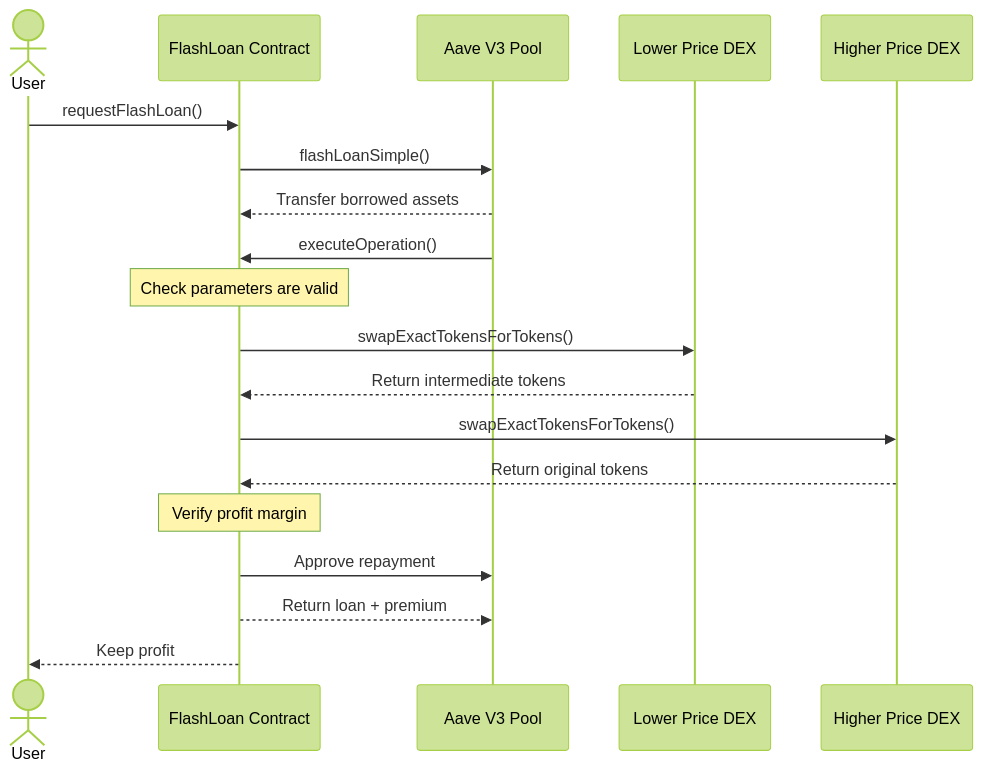
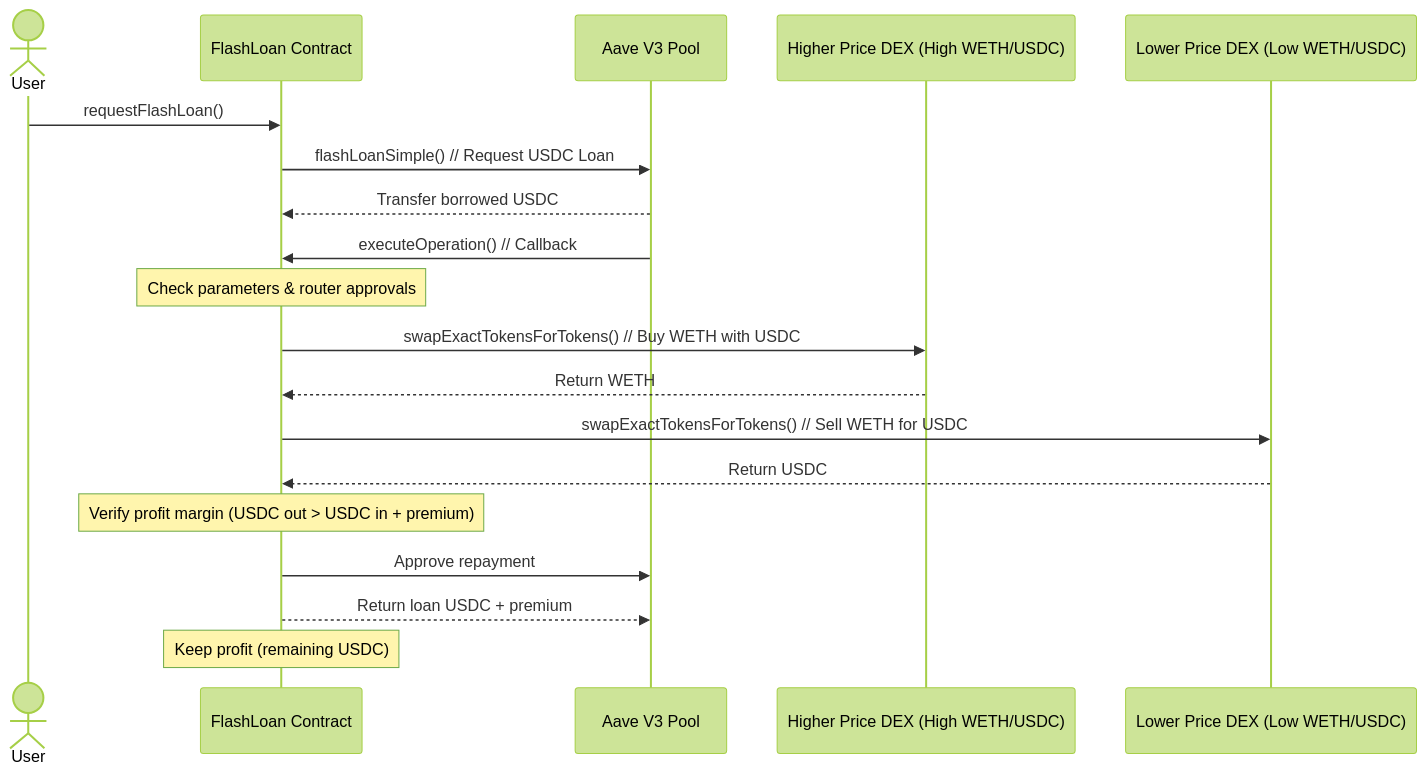
Before and after one commit to natalie-a-1/Flash: the second of 3 diagrams in contracts/README.md, drawn with Mermaid (forest theme). The commit also changed other lines of this file and 26 other files, not shown here.

````diff
--- a/contracts/README.md
+++ b/contracts/README.md
@@ -155,27 +160,27 @@
 ```mermaid
 sequenceDiagram
     actor User
     participant FL as FlashLoan Contract
     participant Aave as Aave V3 Pool
-    participant DexA as Lower Price DEX
-    participant DexB as Higher Price DEX
+    participant DexBuy as Higher Price DEX (High WETH/USDC)
+    participant DexSell as Lower Price DEX (Low WETH/USDC)
 
     User->>FL: requestFlashLoan()
-    FL->>Aave: flashLoanSimple()
-    Aave-->>FL: Transfer borrowed assets
-    Aave->>FL: executeOperation()
+    FL->>Aave: flashLoanSimple() // Request USDC Loan
+    Aave-->>FL: Transfer borrowed USDC
+    Aave->>FL: executeOperation() // Callback
 
-    Note over FL: Check parameters are valid
+    Note over FL: Check parameters & router approvals
 
-    FL->>DexA: swapExactTokensForTokens()
-    DexA-->>FL: Return intermediate tokens
+    FL->>DexBuy: swapExactTokensForTokens() // Buy WETH with USDC
+    DexBuy-->>FL: Return WETH
 
-    FL->>DexB: swapExactTokensForTokens()
-    DexB-->>FL: Return original tokens
+    FL->>DexSell: swapExactTokensForTokens() // Sell WETH for USDC
+    DexSell-->>FL: Return USDC
 
-    Note over FL: Verify profit margin
+    Note over FL: Verify profit margin (USDC out > USDC in + premium)
 
     FL->>Aave: Approve repayment
-    FL-->>Aave: Return loan + premium
-    FL-->>User: Keep profit
+    FL-->>Aave: Return loan USDC + premium
+    Note over FL: Keep profit (remaining USDC)
 ```
````
